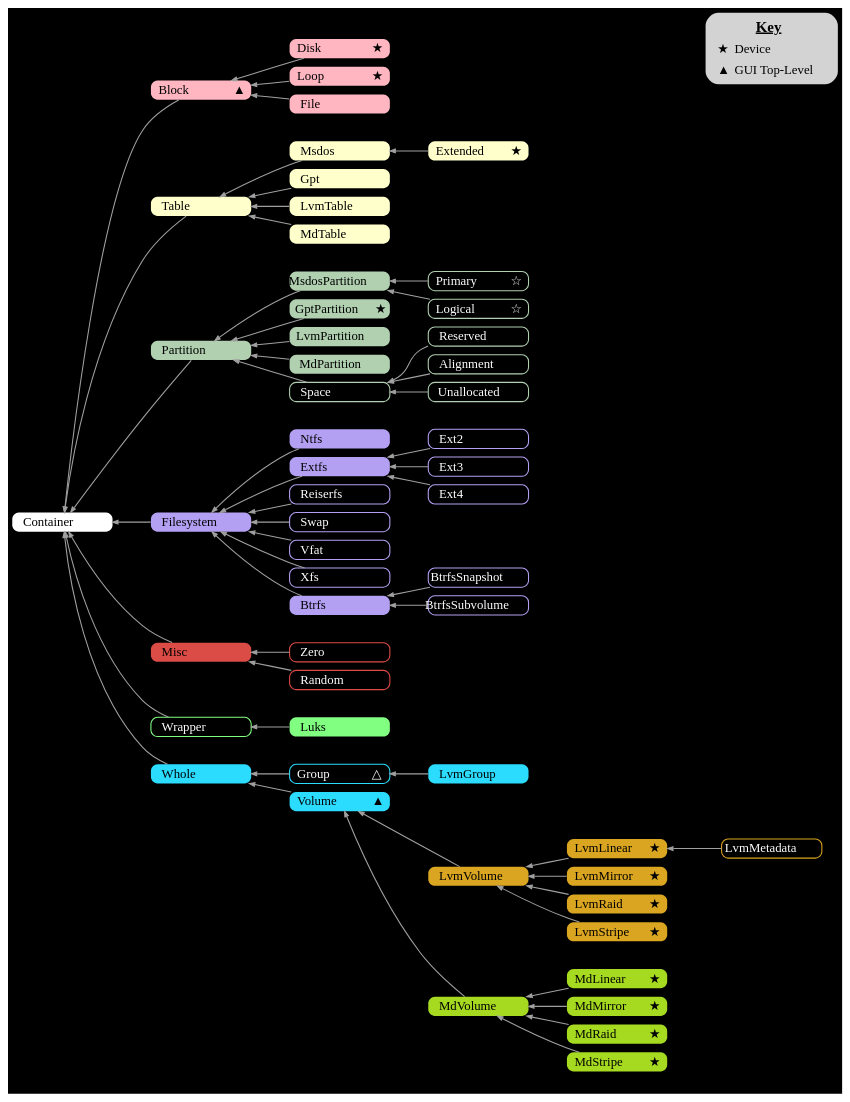
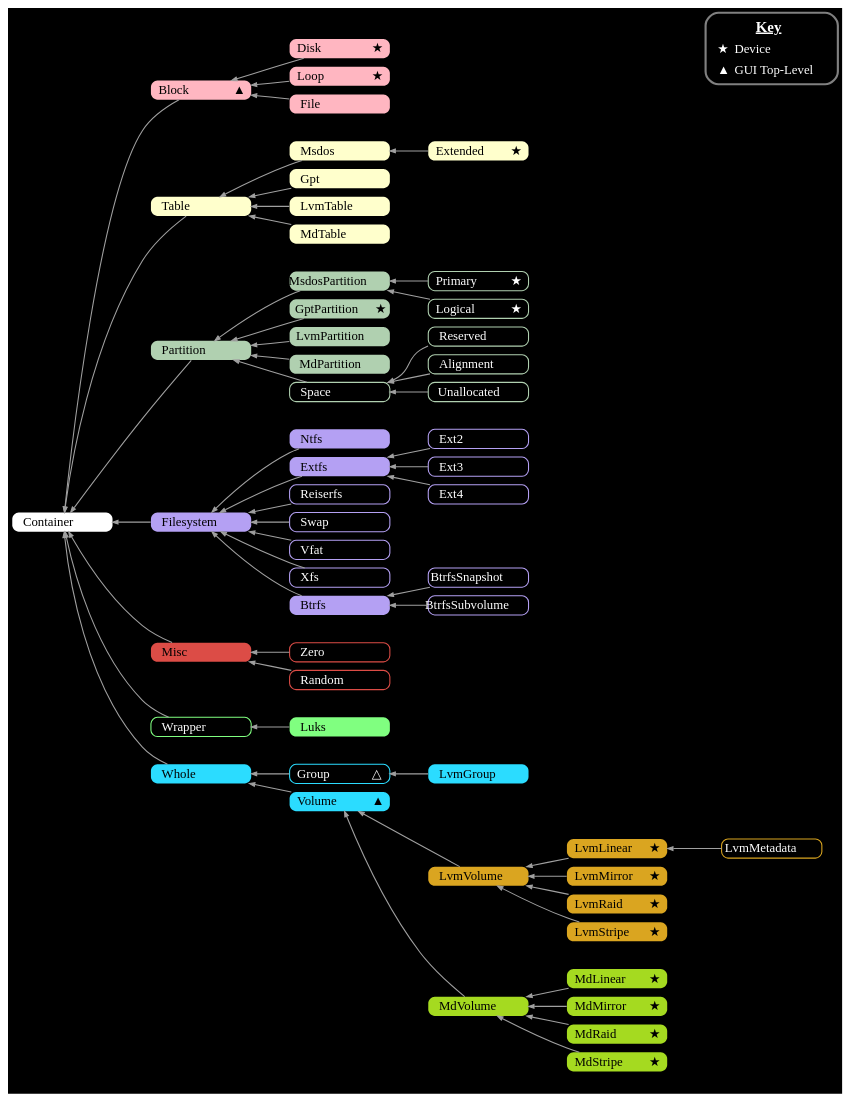
Before and after one commit to flatcap/dparted: the diagram in gfx/class_dparted.gv, drawn with Graphviz.

Commit message:
key colour

```diff
--- a/gfx/class_dparted.gv
+++ b/gfx/class_dparted.gv
@@ -24,7 +24,7 @@
 		arrowsize="0.5"
 	];
 
-	Key [ fixedsize=false label=<
+	Key [ color="#808080" fontcolor=white style=solid penwidth=2 fixedsize=false label=<
 	      <table border="0" cellspacing="0" cellpadding="3">
 		<tr><td colspan="2"><font point-size="14"><b><u>Key</u></b></font></td></tr>
 		<tr><td>★</td><td align="left">Device</td></tr>
@@ -47,8 +47,8 @@
 
 	Partition      [ fillcolor="#B0D0B0"                                    label=< <table border="0" cellspacing="0" cellpadding="0"> <tr><td width="70" align="left">Partition</td><td>&nbsp;</td></tr> </table> > ]
 	MsdosPartition [ fillcolor="#B0D0B0"                                    label=< <table border="0" cellspacing="0" cellpadding="0"> <tr><td width="70" align="left">MsdosPartition</td><td>&nbsp;</td></tr> </table> > ]
-	Primary        [ color="#B0D0B0" fontcolor=white style=solid penwidth=1 label=< <table border="0" cellspacing="0" cellpadding="0"> <tr><td width="70" align="left">Primary</td><td>☆</td></tr> </table> > ]
-	Logical        [ color="#B0D0B0" fontcolor=white style=solid penwidth=1 label=< <table border="0" cellspacing="0" cellpadding="0"> <tr><td width="70" align="left">Logical</td><td>☆</td></tr> </table> > ]
+	Primary        [ color="#B0D0B0" fontcolor=white style=solid penwidth=1 label=< <table border="0" cellspacing="0" cellpadding="0"> <tr><td width="70" align="left">Primary</td><td>★</td></tr> </table> > ]
+	Logical        [ color="#B0D0B0" fontcolor=white style=solid penwidth=1 label=< <table border="0" cellspacing="0" cellpadding="0"> <tr><td width="70" align="left">Logical</td><td>★</td></tr> </table> > ]
 
 	GptPartition   [ fillcolor="#B0D0B0"                                    label=< <table border="0" cellspacing="0" cellpadding="0"> <tr><td width="70" align="left">GptPartition</td><td>★</td></tr> </table> > ]
 	LvmPartition   [ fillcolor="#B0D0B0"                                    label=< <table border="0" cellspacing="0" cellpadding="0"> <tr><td width="70" align="left">LvmPartition</td><td>&nbsp;</td></tr> </table> > ]
```
